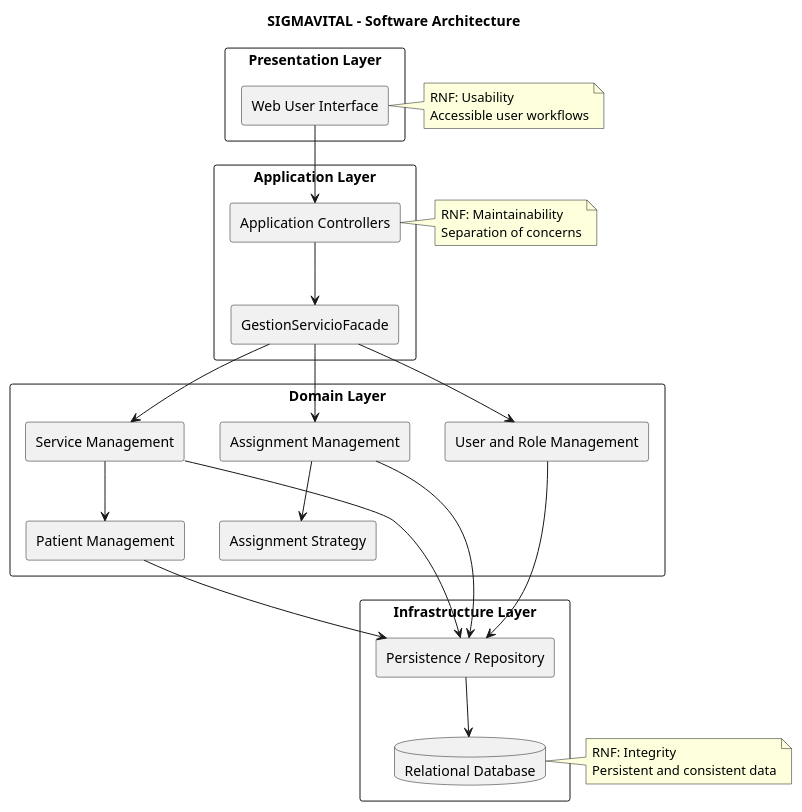
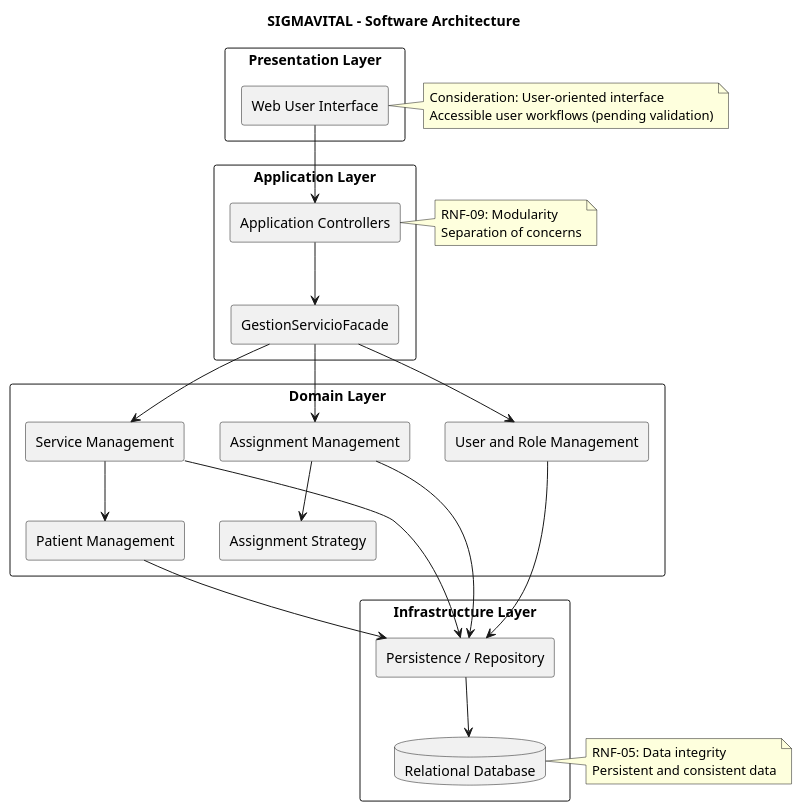
The diagram in 02-training-project/01-phase/02-planning/06-architecture/04-evidence-learning/G2-P1-arquitectura/04-arquitectura/A4-Arquitectura-SIGMAVITAL.puml (miguel18100/ADSO-3413974), drawn with PlantUML before and after one commit. The commit also changed other lines of this file and 35 other files, not shown here.

```diff
--- a/02-training-project/01-phase/02-planning/06-architecture/04-evidence-learning/G2-P1-arquitectura/04-arquitectura/A4-Arquitectura-SIGMAVITAL.puml
+++ b/02-training-project/01-phase/02-planning/06-architecture/04-evidence-learning/G2-P1-arquitectura/04-arquitectura/A4-Arquitectura-SIGMAVITAL.puml
@@ -1,57 +1,57 @@
 @startuml
 title SIGMAVITAL - Software Architecture
 
 skinparam componentStyle rectangle
 skinparam packageStyle rectangle
 
 package "Presentation Layer" {
   component "Web User Interface" as UI
 }
 
 package "Application Layer" {
   component "Application Controllers" as Controllers
   component "GestionServicioFacade" as Facade
 }
 
 package "Domain Layer" {
   component "Service Management" as Service
   component "Assignment Management" as Assignment
   component "Assignment Strategy" as Strategy
   component "Patient Management" as Patient
   component "User and Role Management" as UserManagement
 }
 
 package "Infrastructure Layer" {
   component "Persistence / Repository" as Repository
   database "Relational Database" as DB
 }
 
 UI --> Controllers
 Controllers --> Facade
 Facade --> Service
 Facade --> Assignment
 Service --> Patient
 Assignment --> Strategy
 Facade --> UserManagement
 Service --> Repository
 Assignment --> Repository
 Patient --> Repository
 UserManagement --> Repository
 Repository --> DB
 
 note right of UI
-  RNF: Usability
-  Accessible user workflows
+  Consideration: User-oriented interface
+  Accessible user workflows (pending validation)
 end note
 
 note right of Controllers
-  RNF: Maintainability
+  RNF-09: Modularity
   Separation of concerns
 end note
 
 note right of DB
-  RNF: Integrity
+  RNF-05: Data integrity
   Persistent and consistent data
 end note
 
 @enduml
```
